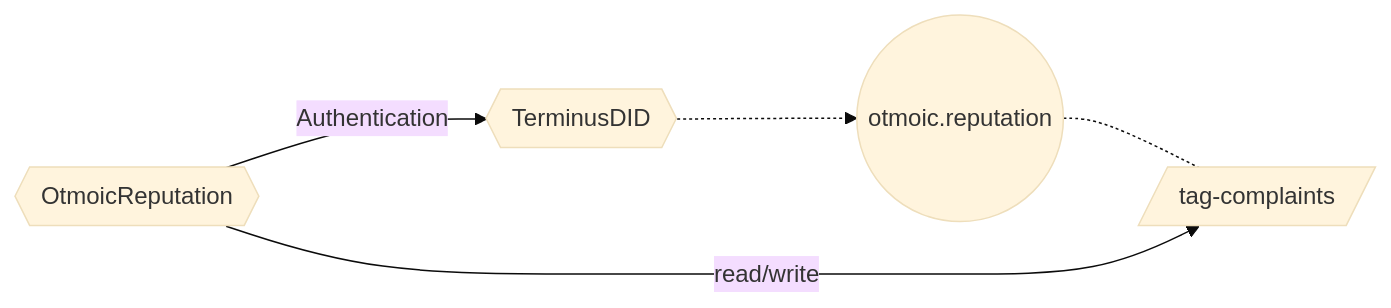
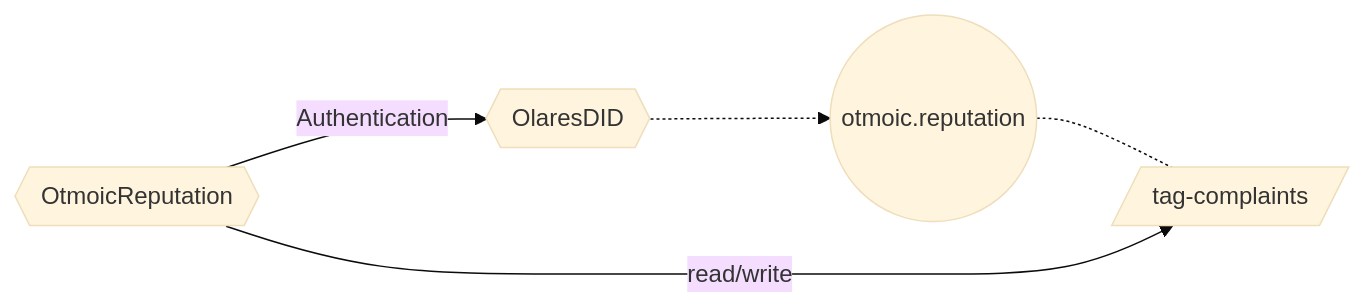
Before and after one commit to cal-weng/Terminus-docs: the first of 2 diagrams in docs/developer/contribute/snowinning/smart-contract.md, drawn with Mermaid (base theme). The commit also changed other lines of this file and 538 other files, not shown here.

Commit message:
update from Terminus to Olares

````diff
--- a/docs/developer/contribute/snowinning/smart-contract.md
+++ b/docs/developer/contribute/snowinning/smart-contract.md
@@ -179,13 +179,13 @@
 ```mermaid
   flowchart LR
 
 	otmoic{{OtmoicReputation}}
-	did{{TerminusDID}}
+	did{{OlaresDID}}
 	complaints[/tag-complaints/]
 	otmoicdid((otmoic.reputation))
 
 	otmoic-- Authentication -->did
 	did-.->otmoicdid
 	otmoicdid-.-complaints
 	otmoic-- read/write -->complaints
 ```
````
